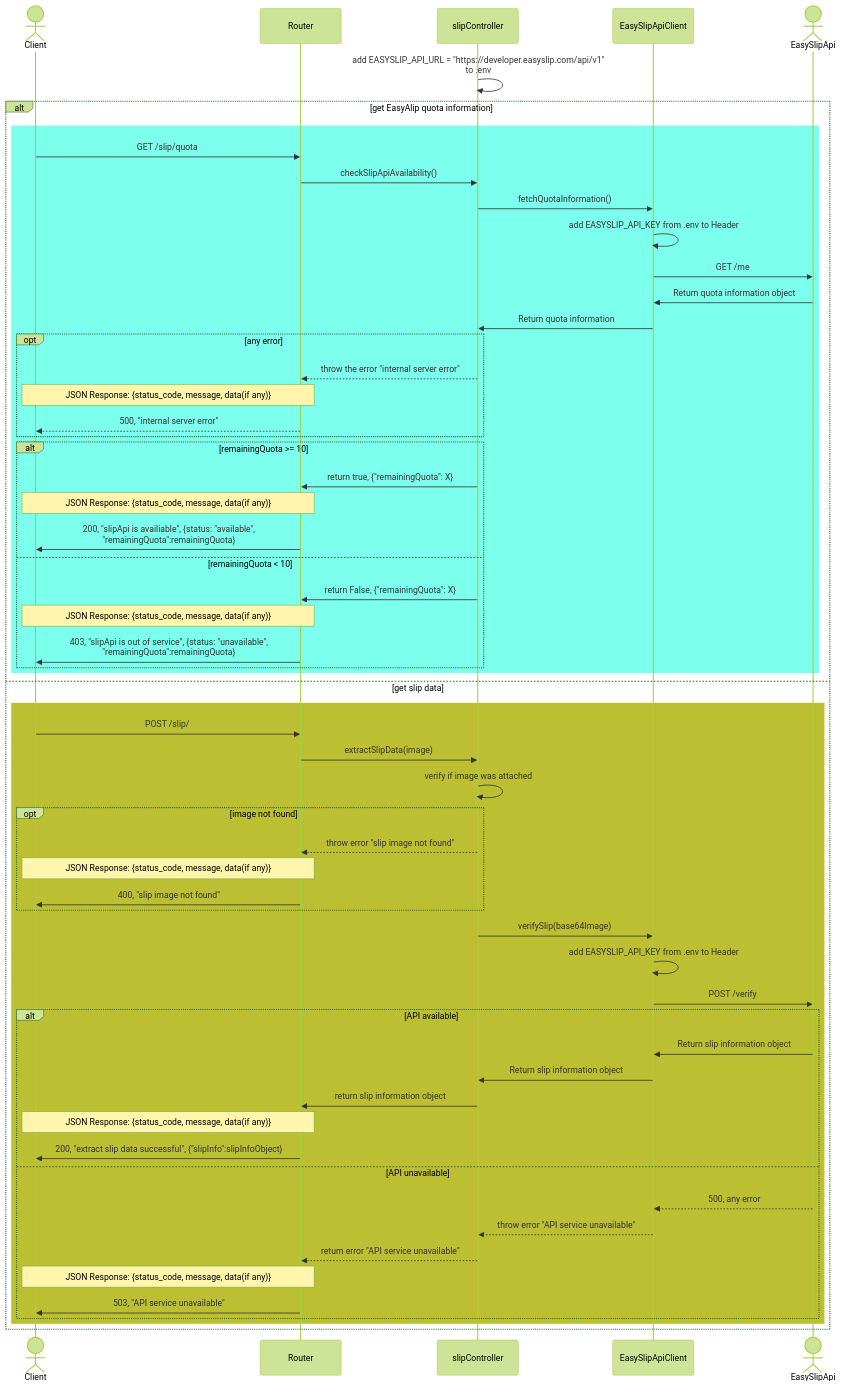
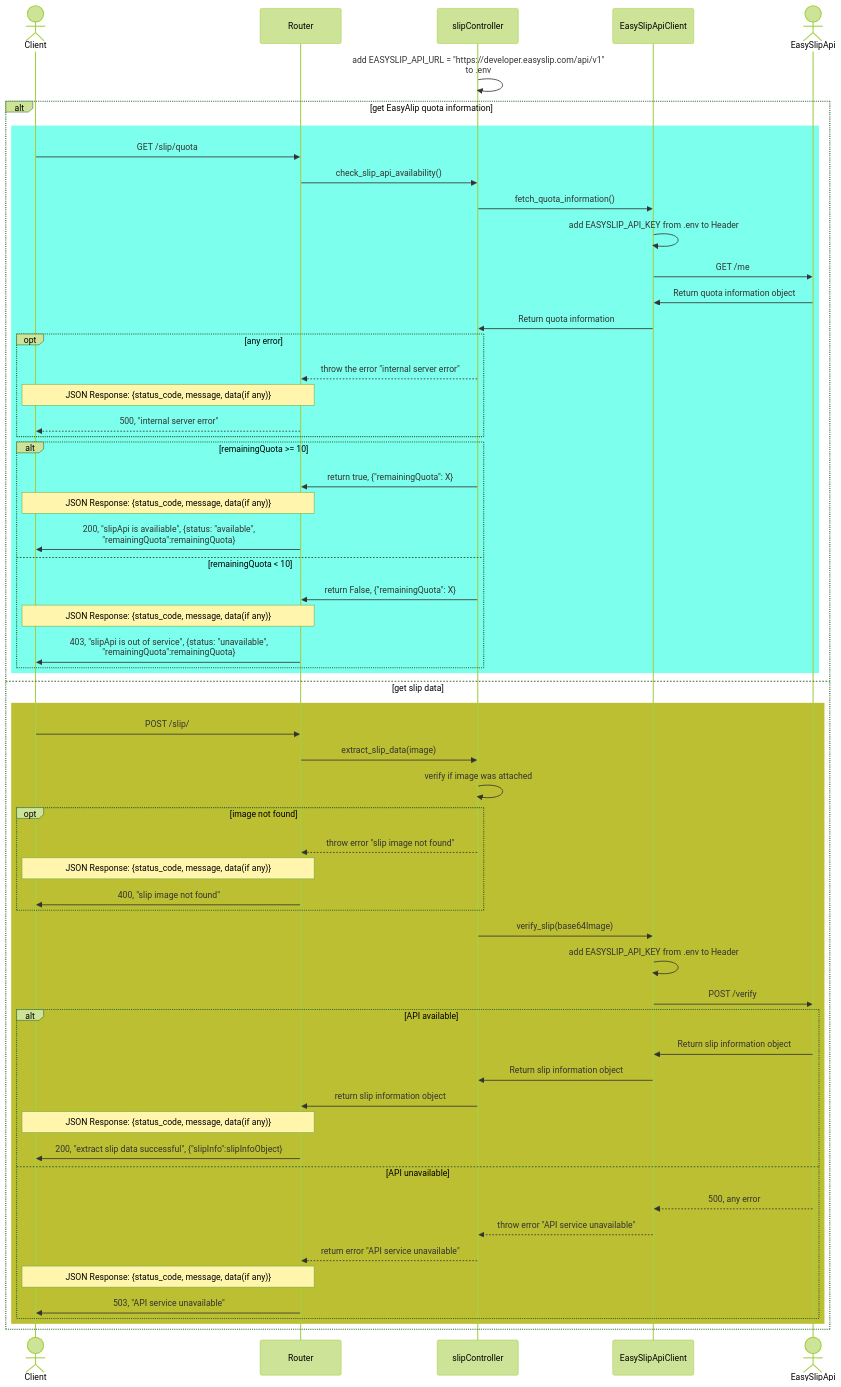
The diagram in design/api/EasySlip.mmd (SawatKia/WealthTracking), drawn with Mermaid (forest theme) before and after one commit. The commit also changed 1 other file, not shown here.

```diff
--- a/design/api/EasySlip.mmd
+++ b/design/api/EasySlip.mmd
@@ -1,61 +1,61 @@
 sequenceDiagram
     Actor Client
     participant Router
     participant Cont as slipController
     participant ApiClient as EasySlipApiClient
     Actor Api as EasySlipApi
 
     Cont->>Cont: add EASYSLIP_API_URL = "https://developer.easyslip.com/api/v1"<br>to .env
     alt get EasyAlip quota information
         rect rgb(124,255,236)
         Client->>Router: GET /slip/quota
-        Router->>Cont: checkSlipApiAvailability()
-        Cont->>ApiClient: fetchQuotaInformation()
+        Router->>Cont: check_slip_api_availability()
+        Cont->>ApiClient: fetch_quota_information()
         ApiClient->>ApiClient: add EASYSLIP_API_KEY from .env to Header
         ApiClient->>Api: GET /me
         Api->>ApiClient: Return quota information object
         ApiClient->>Cont: Return quota information
             opt any error
                 Cont-->>Router: throw the error "internal server error"
                 Note over Router,Client: JSON Response: {status_code, message, data(if any)}
                 Router-->>Client: 500, "internal server error"
             end
             alt remainingQuota >= 10
                 Cont->>Router: return true, {"remainingQuota": X}
                 Note over Router,Client: JSON Response: {status_code, message, data(if any)}
                 Router->>Client: 200, "slipApi is availiable", {status: "available",<br>"remainingQuota":remainingQuota} 
             else remainingQuota < 10
                 Cont->>Router: return False, {"remainingQuota": X}
                 Note over Router,Client: JSON Response: {status_code, message, data(if any)}
                 Router->>Client: 403, "slipApi is out of service", {status: "unavailable",<br>"remainingQuota":remainingQuota}
             end
 
         end
     else get slip data
         rect rgb(188,191,50)
             Client->>Router: POST /slip/
-            Router->>Cont: extractSlipData(image)
+            Router->>Cont: extract_slip_data(image)
             Cont->>Cont: verify if image was attached
             opt image not found
                 Cont-->>Router: throw error "slip image not found"
                 Note over Router,Client: JSON Response: {status_code, message, data(if any)}
                 Router->>Client: 400, "slip image not found"
             end
-            Cont->>ApiClient: verifySlip(base64Image)
+            Cont->>ApiClient: verify_slip(base64Image)
             ApiClient->>ApiClient: add EASYSLIP_API_KEY from .env to Header
             ApiClient->>Api: POST /verify
             alt API available
                 Api->>ApiClient: Return slip information object
                 ApiClient->>Cont: Return slip information object
                 Cont->>Router: return slip information object
                 Note over Router,Client: JSON Response: {status_code, message, data(if any)}
                 Router->>Client: 200, "extract slip data successful", {"slipInfo":slipInfoObject}
             else API unavailable
                 Api-->>ApiClient: 500, any error
                 ApiClient-->>Cont: throw error "API service unavailable"
                 Cont-->>Router: return error "API service unavailable"
                 Note over Router,Client: JSON Response: {status_code, message, data(if any)}
                 Router->>Client: 503, "API service unavailable"
             end
         end
     end
```
